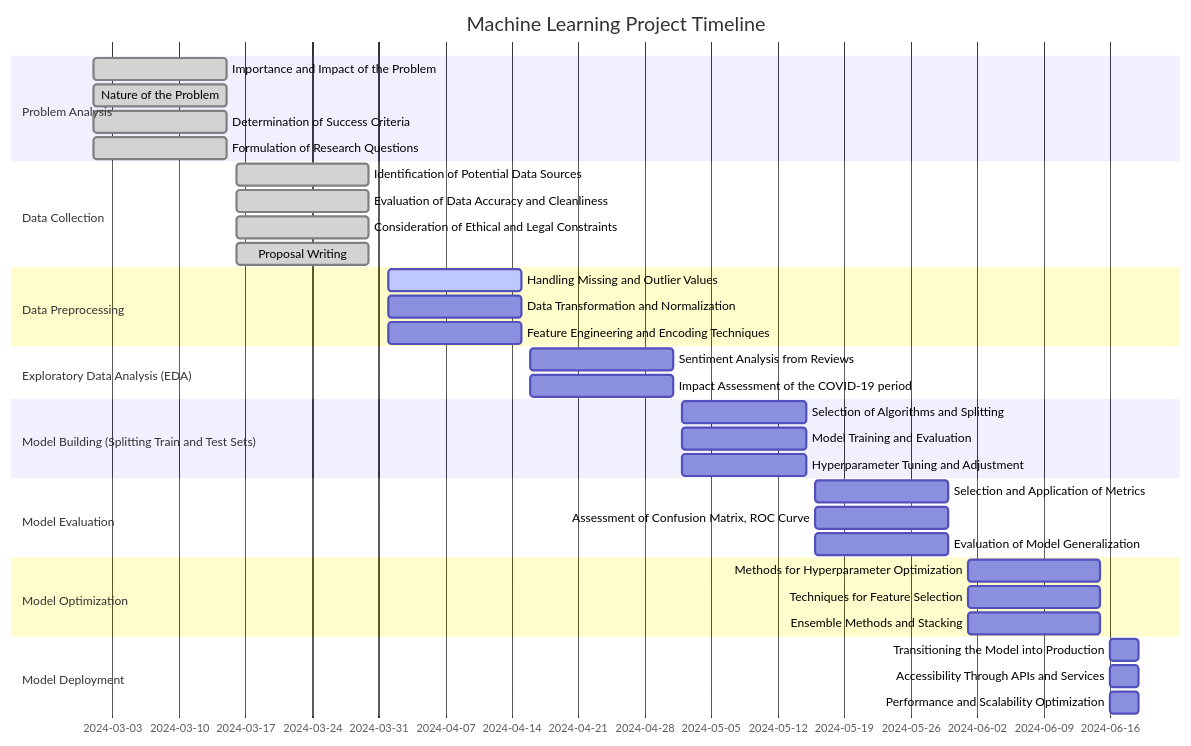
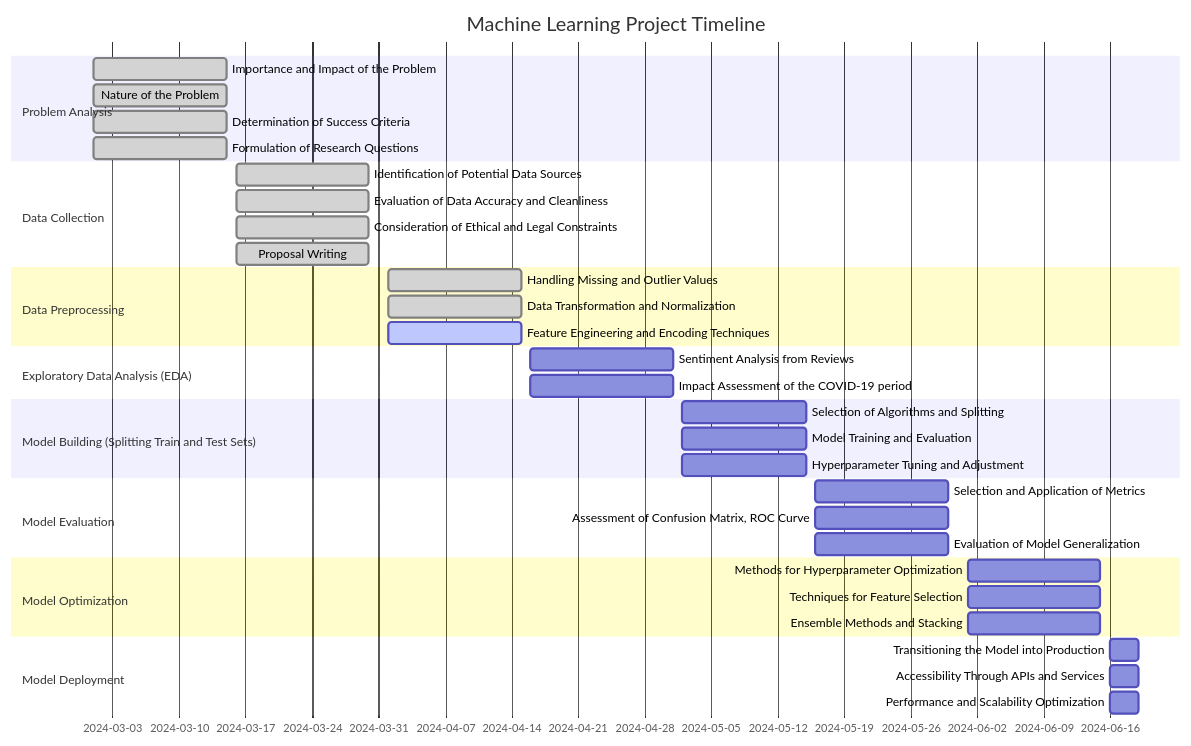
The diagram in README.md (BILGI-IE-423/ie423-2024-termproject-codecharmers), drawn with Mermaid before and after one commit. The commit also changed other lines of this file, not shown here.

````diff
--- a/README.md
+++ b/README.md
@@ -111,47 +105,47 @@
 ```mermaid
 gantt
     title Machine Learning Project Timeline
 
     dateFormat  YYYY-MM-DD
     section Problem Analysis
     Importance and Impact of the Problem        :done,    p1, 2024-03-01, 2024-03-15
     Nature of the Problem                       :done,    p2, 2024-03-01, 2024-03-15
     Determination of Success Criteria           :done,    p3, 2024-03-01, 2024-03-15
     Formulation of Research Questions           :done,    p4, 2024-03-01, 2024-03-15
 
     section Data Collection
     Identification of Potential Data Sources    :done,    d1, 2024-03-16, 2024-03-30
     Evaluation of Data Accuracy and Cleanliness :done,    d2, 2024-03-16, 2024-03-30
     Consideration of Ethical and Legal Constraints :done, d3, 2024-03-16, 2024-03-30
     Proposal Writing                            :done,    d4, 2024-03-16, 2024-03-30
 
     section Data Preprocessing
-    Handling Missing and Outlier Values         :active,  dp1, 2024-04-01, 2024-04-15
-    Data Transformation and Normalization       :         dp2, 2024-04-01, 2024-04-15
-    Feature Engineering and Encoding Techniques :         dp3, 2024-04-01, 2024-04-15
+    Handling Missing and Outlier Values         :done,     dp1, 2024-04-01, 2024-04-15
+    Data Transformation and Normalization       :done,     dp2, 2024-04-01, 2024-04-15
+    Feature Engineering and Encoding Techniques :active,   dp3, 2024-04-01, 2024-04-15
 
     section Exploratory Data Analysis (EDA)
     Sentiment Analysis from Reviews             :         eda1, 2024-04-16, 2024-05-01
     Impact Assessment of the COVID-19 period    :         eda2, 2024-04-16, 2024-05-01
 
     section Model Building (Splitting Train and Test Sets)
     Selection of Algorithms and Splitting      :         mb1, 2024-05-02, 2024-05-15
     Model Training and Evaluation              :         mb2, 2024-05-02, 2024-05-15
     Hyperparameter Tuning and Adjustment       :         mb3, 2024-05-02, 2024-05-15
 
     section Model Evaluation
     Selection and Application of Metrics       :         me1, 2024-05-16, 2024-05-30
     Assessment of Confusion Matrix, ROC Curve  :         me2, 2024-05-16, 2024-05-30
     Evaluation of Model Generalization         :         me3, 2024-05-16, 2024-05-30
 
     section Model Optimization
     Methods for Hyperparameter Optimization    :         mo1, 2024-06-01, 2024-06-15
     Techniques for Feature Selection           :         mo2, 2024-06-01, 2024-06-15
     Ensemble Methods and Stacking              :         mo3, 2024-06-01, 2024-06-15
 
     section Model Deployment
     Transitioning the Model into Production   :         md1, 2024-06-16, 2024-06-19
     Accessibility Through APIs and Services   :         md2, 2024-06-16, 2024-06-19
     Performance and Scalability Optimization :         md3, 2024-06-16, 2024-06-19
 
    ```
````
